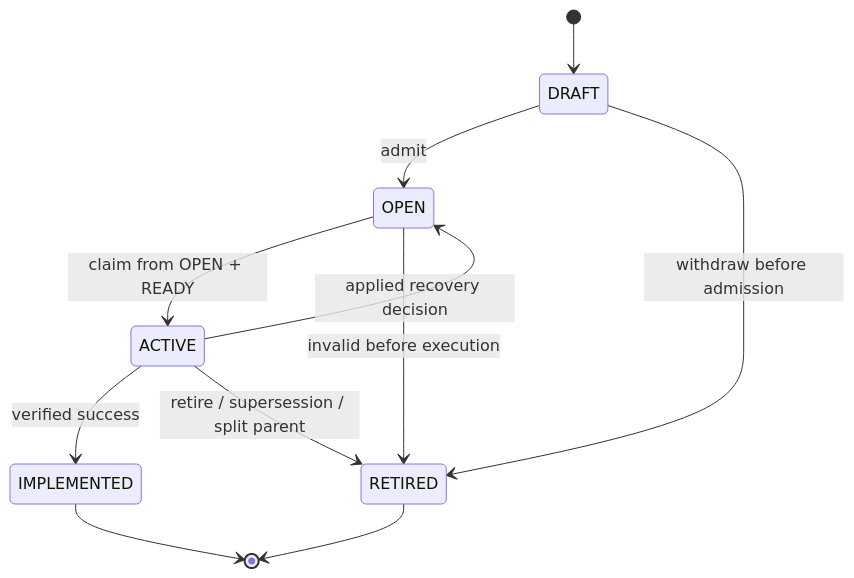
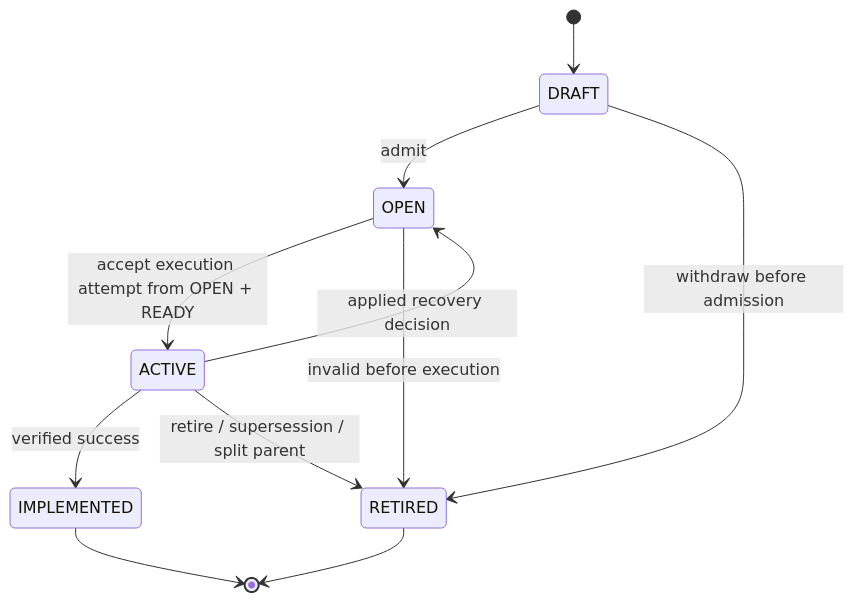
The first of 2 diagrams in docs/architecture/WORK_ORDER_LIFECYCLE.md (Walsamer/tactus), drawn with Mermaid before and after one commit. The commit also changed other lines of this file and 6 other files, not shown here.

Commit message:
Fleet: FIX-001 — Re-freeze Tactus / Ictus / Dagster ownership boundaries (TCT-WO-FIX-001-architecture-ownership-reset)

````diff
--- a/docs/architecture/WORK_ORDER_LIFECYCLE.md
+++ b/docs/architecture/WORK_ORDER_LIFECYCLE.md
@@ -25,13 +25,13 @@
 ```mermaid
 stateDiagram-v2
     [*] --> DRAFT
     DRAFT --> OPEN: admit
     DRAFT --> RETIRED: withdraw before admission
-    OPEN --> ACTIVE: claim from OPEN + READY
+    OPEN --> ACTIVE: accept execution attempt from OPEN + READY
     OPEN --> RETIRED: invalid before execution
     ACTIVE --> IMPLEMENTED: verified success
     ACTIVE --> OPEN: applied recovery decision
     ACTIVE --> RETIRED: retire / supersession / split parent
     IMPLEMENTED --> [*]
     RETIRED --> [*]
 ```
````
